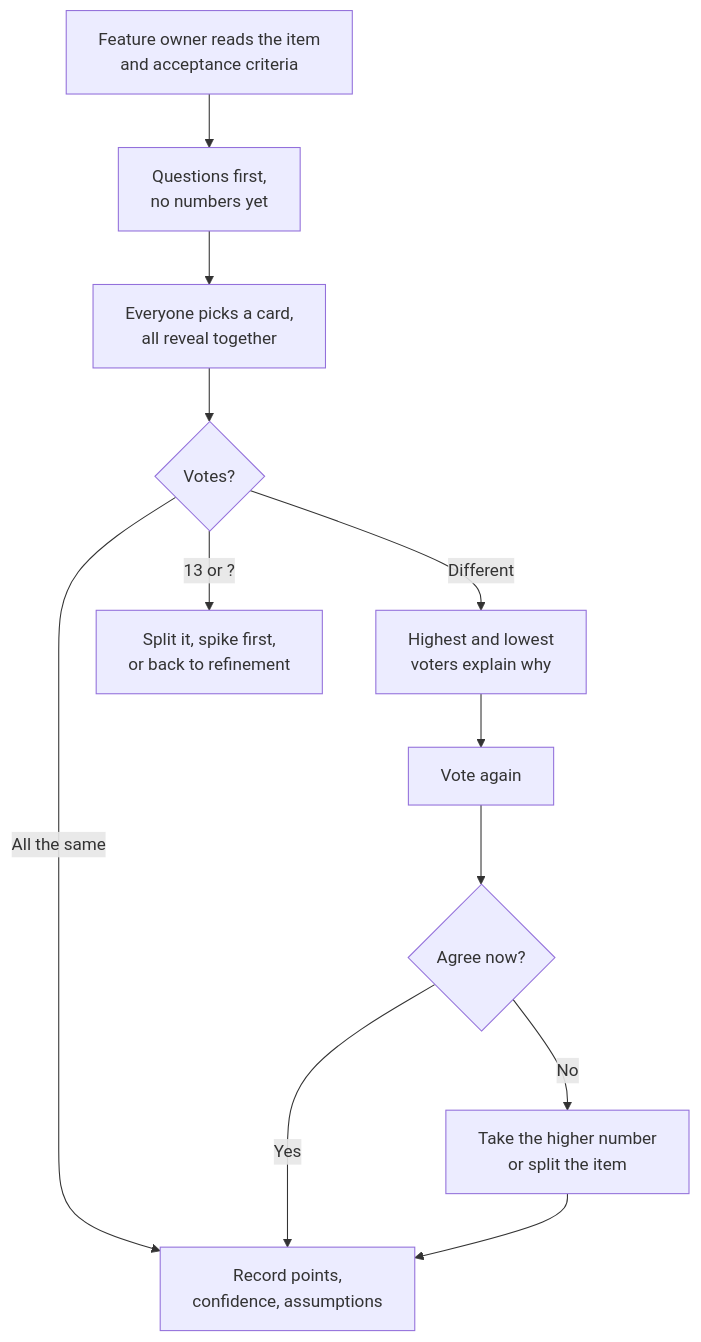
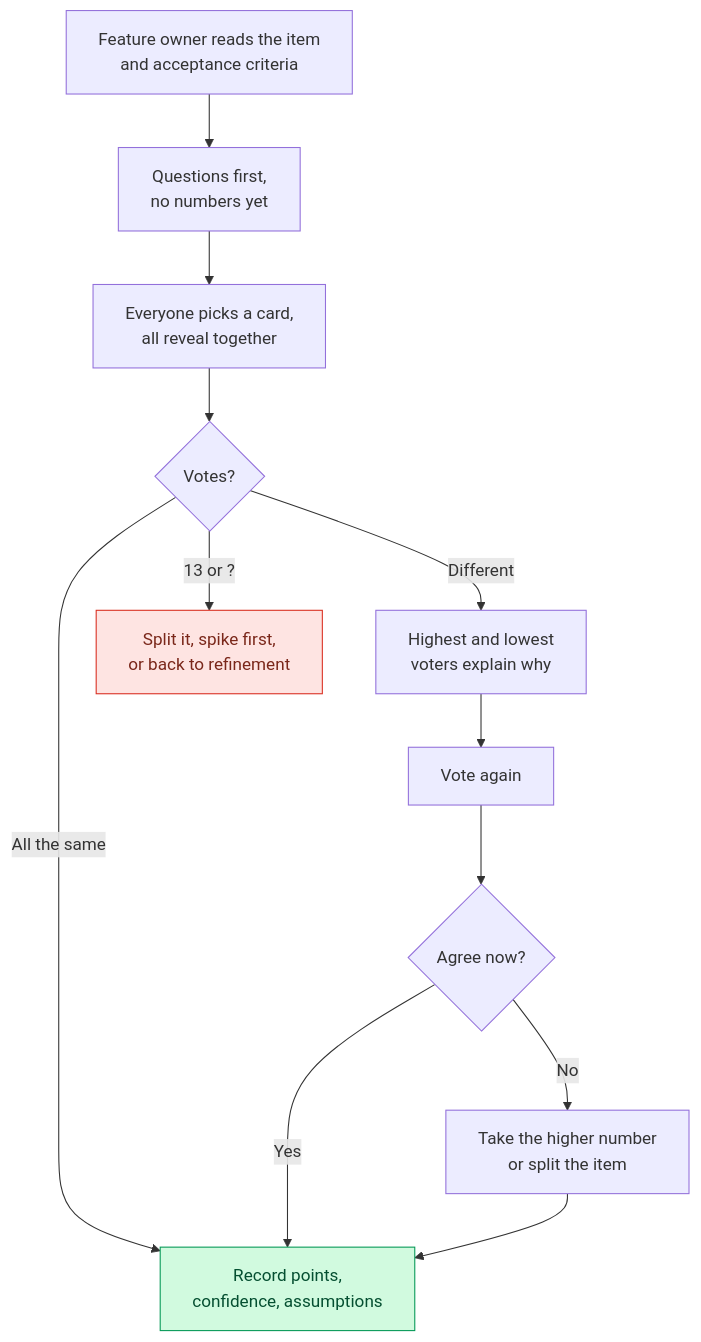
Before and after one commit to BaluRaut/improve-work: the second of 3 diagrams in guides/ESTIMATION_GUIDELINES.md, drawn with Mermaid. The commit also changed other lines of this file and 7 other files, not shown here.

First line of the commit message:
Draw flow diagrams with React Flow

````diff
--- a/guides/ESTIMATION_GUIDELINES.md
+++ b/guides/ESTIMATION_GUIDELINES.md
@@ -75,19 +83,34 @@
 ```mermaid
 ---
 config:
   flowchart:
     wrappingWidth: 400
 ---
 flowchart TD
-  A["Feature owner reads the item<br>and acceptance criteria"] --> B["Questions first,<br>no numbers yet"]
-  B --> C["Everyone picks a card,<br>all reveal together"]
-  C --> D{"Votes?"}
-  D -->|All the same| R["Record points,<br>confidence, assumptions"]
-  D -->|Different| E["Highest and lowest<br>voters explain why"]
-  D -->|13 or ?| S["Split it, spike first,<br>or back to refinement"]
-  E --> F["Vote again"]
-  F --> G{"Agree now?"}
+  %% flow: poker
+  A["Feature owner reads the item<br>and acceptance criteria"]
+  B["Questions first,<br>no numbers yet"]
+  C["Everyone picks a card,<br>all reveal together"]
+  D{"Votes?"}
+  R["Record points,<br>confidence, assumptions"]
+  E["Highest and lowest<br>voters explain why"]
+  S["Split it, spike first,<br>or back to refinement"]
+  F["Vote again"]
+  G{"Agree now?"}
+  H["Take the higher number<br>or split the item"]
+  A --> B
+  B --> C
+  C --> D
+  D -->|All the same| R
+  D -->|Different| E
+  D -->|13 or ?| S
+  E --> F
+  F --> G
   G -->|Yes| R
-  G -->|No| H["Take the higher number<br>or split the item"]
+  G -->|No| H
   H --> R
+  classDef full fill:#fee4e2,stroke:#d92d20,color:#7a271a
+  classDef lite fill:#d1fadf,stroke:#039855,color:#054f31
+  class S full
+  class R lite
 ```
````
